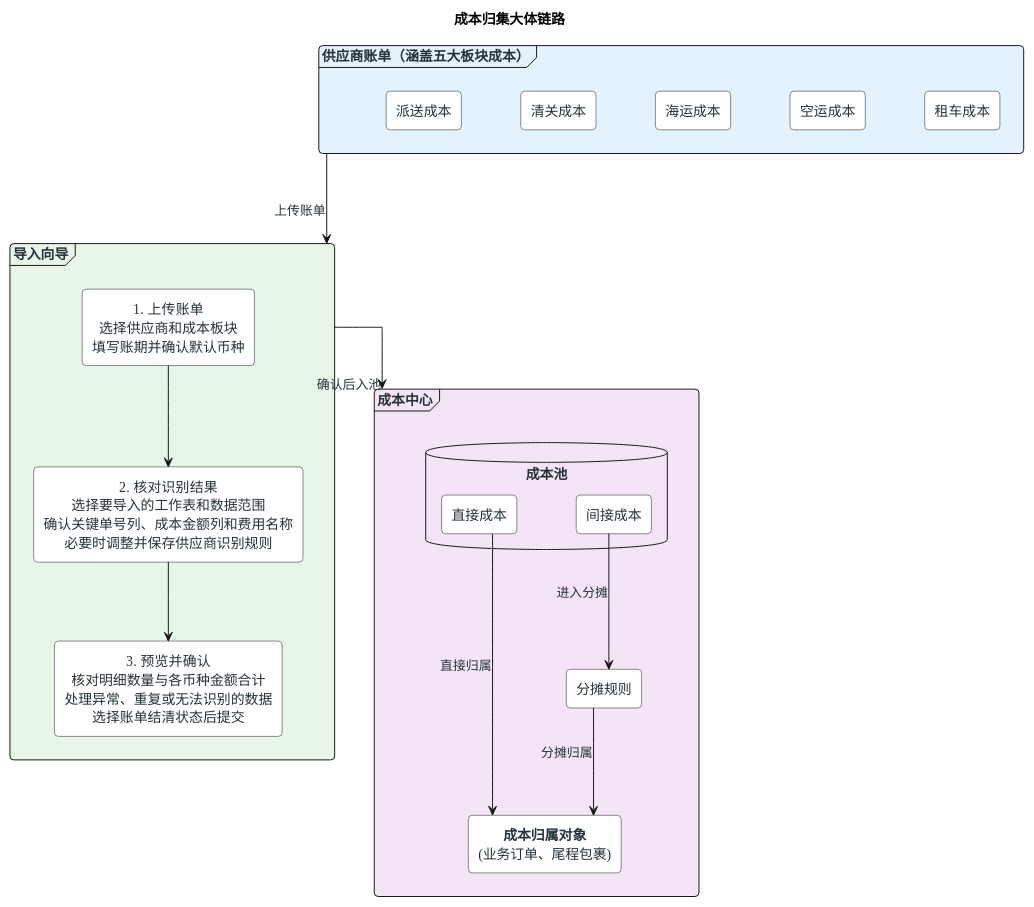
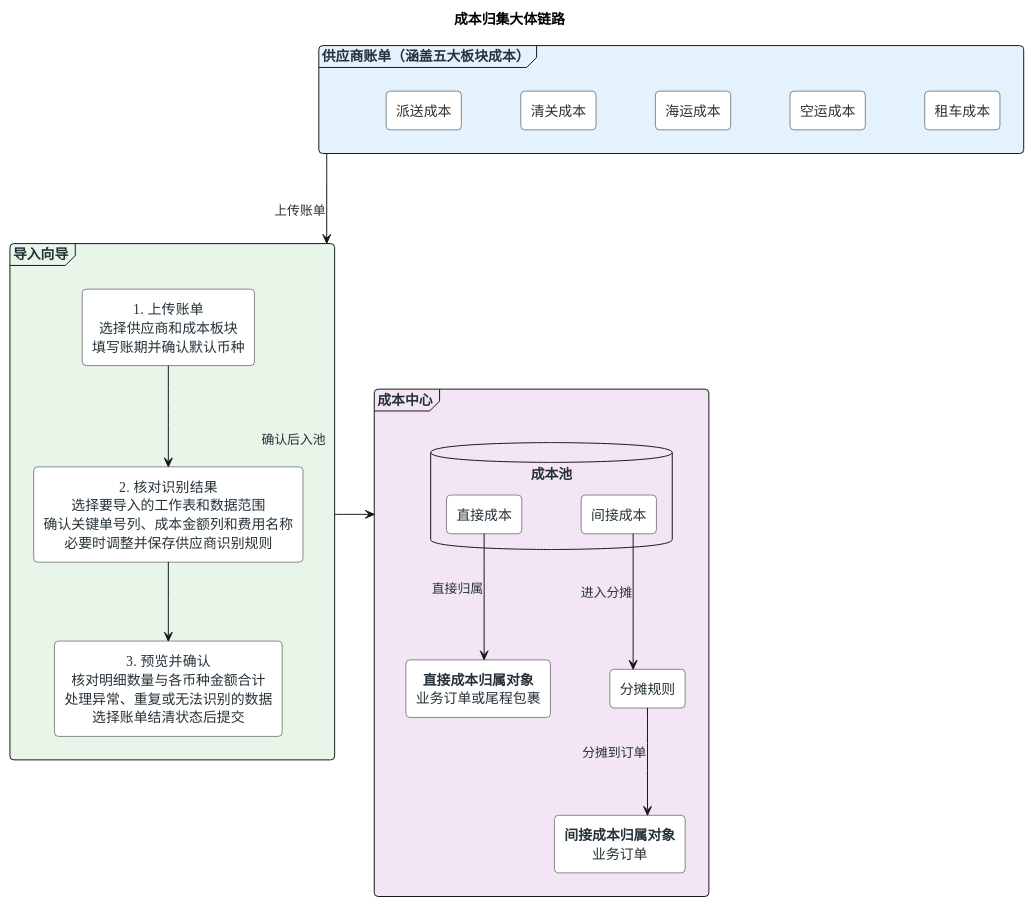
One commit to jack888332/projects-doc changed diagram 11 of 20 in product-caliber/bms/prd/财务系统.PRD.md. Above: the diagram before and after it, drawn with PlantUML. The commit also changed other lines of this file and 2 other files, not shown here.

````diff
--- a/product-caliber/bms/prd/财务系统.PRD.md
+++ b/product-caliber/bms/prd/财务系统.PRD.md
@@ -2716,72 +2716,73 @@
 ```plantuml
 @startuml
 title 成本归集大体链路
 
 top to bottom direction
 
 <style>
 element {
   FontName Microsoft YaHei
   FontColor #263238
   HorizontalAlignment center
   Shadowing 0
 }
 rectangle {
   BackGroundColor #FFFFFF
   RoundCorner 8
 }
 frame {
   RoundCorner 8
 }
 arrow {
   LineThickness 1
 }
 </style>
 
 skinparam linetype ortho
 skinparam ranksep 80
 skinparam nodesep 60
 
 frame "供应商账单（涵盖五大板块成本）" as supplier_bill #E3F2FD {
   rectangle "派送成本" as cost1
   rectangle "清关成本" as cost2
   rectangle "海运成本" as cost3
   rectangle "空运成本" as cost4
   rectangle "租车成本" as cost5
 
   cost1 -[hidden]right- cost2
   cost2 -[hidden]right- cost3
   cost3 -[hidden]right- cost4
   cost4 -[hidden]right- cost5
 }
 
 frame "导入向导" as import_wizard #E8F5E9 {
   rectangle "1. 上传账单\n选择供应商和成本板块\n填写账期并确认默认币种" as upload
   rectangle "2. 核对识别结果\n选择要导入的工作表和数据范围\n确认关键单号列、成本金额列和费用名称\n必要时调整并保存供应商识别规则" as mapping
   rectangle "3. 预览并确认\n核对明细数量与各币种金额合计\n处理异常、重复或无法识别的数据\n选择账单结清状态后提交" as preview
 
   upload --> mapping
   mapping --> preview
 }
 
 frame "成本中心" as cost_center #F3E5F5 {
   database "成本池" as cost_pool {
     rectangle "直接成本" as direct
     rectangle "间接成本" as indirect
   }
 
   rectangle "分摊规则" as allocation
 
-  rectangle "**成本归属对象**\n(业务订单、尾程包裹)" as cost_target
+  rectangle "**直接成本归属对象**\n业务订单或尾程包裹" as direct_target
+  rectangle "**间接成本归属对象**\n业务订单" as indirect_target
 
-  direct --> cost_target : 直接归属
+  direct --> direct_target : 直接归属
   indirect --> allocation : 进入分摊
-  allocation --> cost_target : 分摊归属
+  allocation --> indirect_target : 分摊到订单
 }
 
 ' 显式指定向下连接，让三个顶层区块尽量沿同一条垂直主轴居中排列
 supplier_bill -down--> import_wizard : 上传账单
 import_wizard -down-> cost_center : 确认后入池
 
 @enduml
 ```
````
